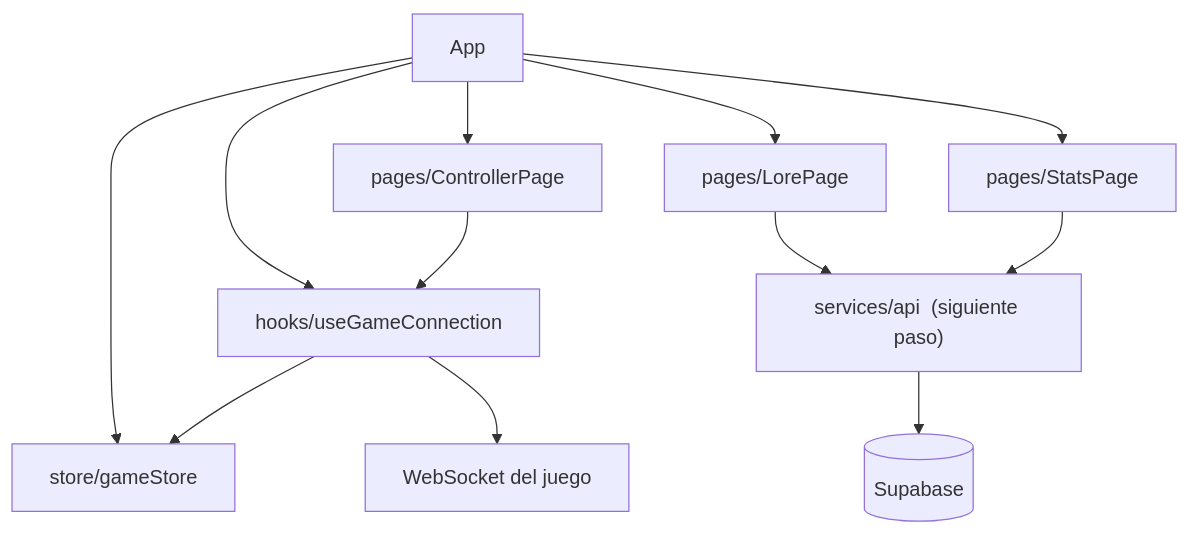
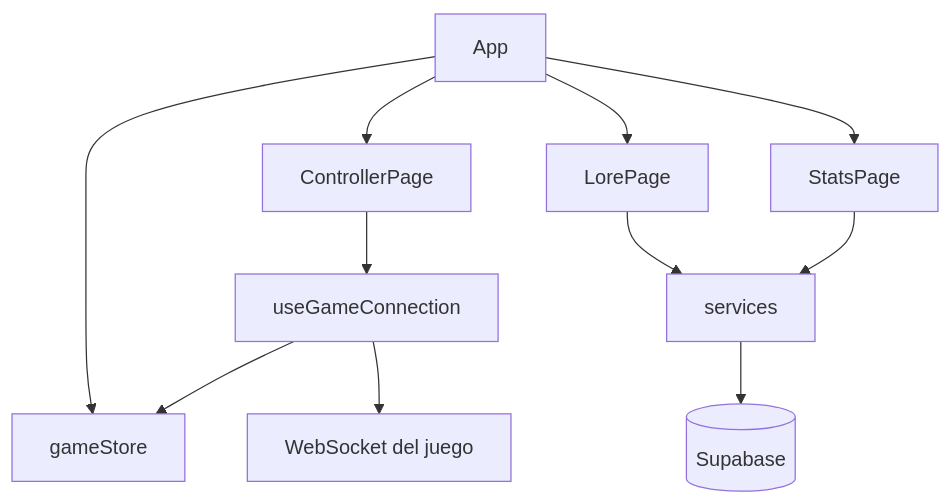
One commit to Elmuuquienmas/PWAKimaya changed the sixth of 6 diagrams in README.md. Above: the diagram before and after it, drawn with Mermaid. The commit also changed other lines of this file, not shown here.

````diff
--- a/README.md
+++ b/README.md
@@ -376,24 +337,13 @@
 ```mermaid
 flowchart TB
-  app["App"]
-  store["store/gameStore"]
-  hook["hooks/useGameConnection"]
-  mando["pages/ControllerPage"]
-  lore["pages/LorePage"]
-  stats["pages/StatsPage"]
-  api["services/api  (siguiente paso)"]
-  supabase[("Supabase")]
-  ws["WebSocket del juego"]
-
-  app --> store
-  app --> hook
-  app --> mando
-  app --> lore
-  app --> stats
-  mando --> hook
-  hook --> ws
+  App --> store[gameStore]
+  App --> ControllerPage
+  App --> LorePage
+  App --> StatsPage
+  ControllerPage --> hook[useGameConnection]
+  hook --> ws[WebSocket del juego]
   hook --> store
-  lore --> api
-  stats --> api
-  api --> supabase
+  LorePage --> api[services]
+  StatsPage --> api
+  api --> db[(Supabase)]
 ```
````
